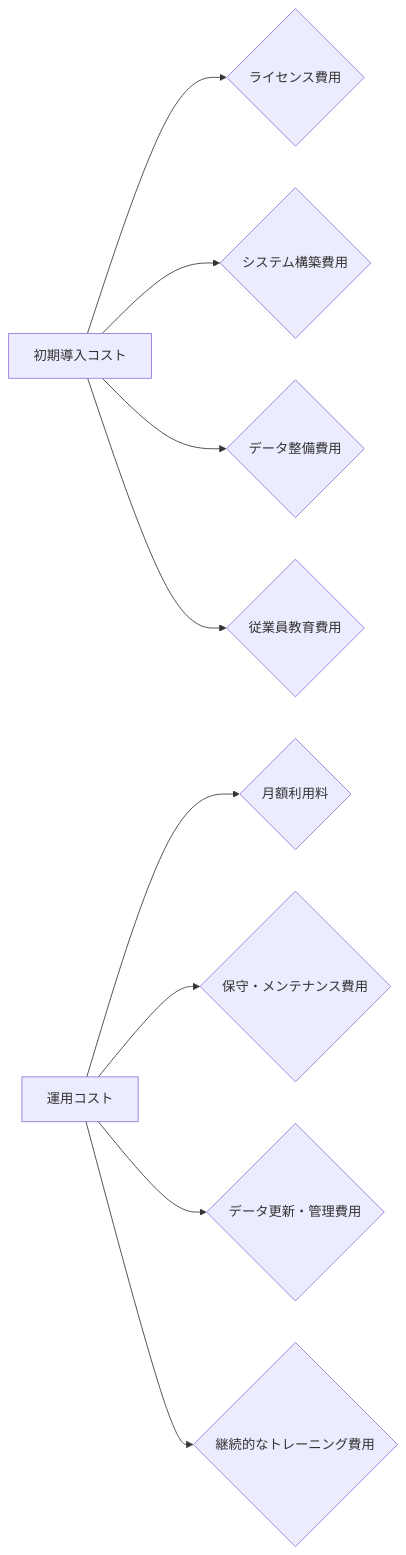
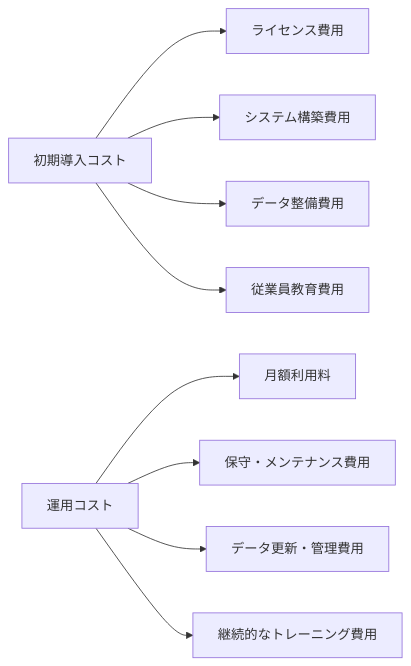
Before and after one commit to SparklingDetergent/doc_genai_How_to_evaluate_the_cost-effectiveness_of_using_generative_AI_for_business_purposes: the second of 16 diagrams in README.md, drawn with Mermaid. The commit also changed other lines of this file, not shown here.

````diff
--- a/README.md
+++ b/README.md
@@ -64,11 +64,11 @@
 ```mermaid
 graph LR
-    A[初期導入コスト] --> B{ライセンス費用}
-    A --> C{システム構築費用}
-    A --> D{データ整備費用}
-    A --> E{従業員教育費用}
-    F[運用コスト] --> G{月額利用料}
-    F --> H{保守・メンテナンス費用}
-    F --> I{データ更新・管理費用}
-    F --> J{継続的なトレーニング費用}
+    A[初期導入コスト] --> B[ライセンス費用]
+    A --> C[システム構築費用]
+    A --> D[データ整備費用]
+    A --> E[従業員教育費用]
+    F[運用コスト] --> G[月額利用料]
+    F --> H[保守・メンテナンス費用]
+    F --> I[データ更新・管理費用]
+    F --> J[継続的なトレーニング費用]
 ```
````
